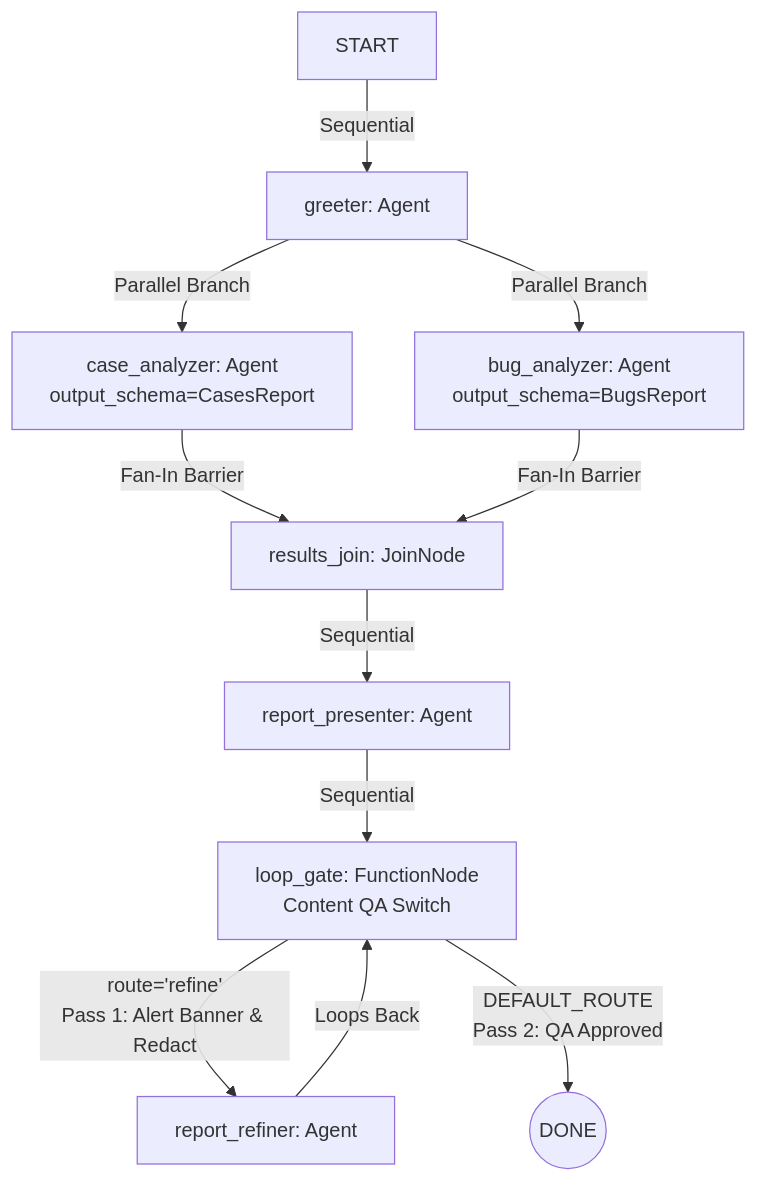
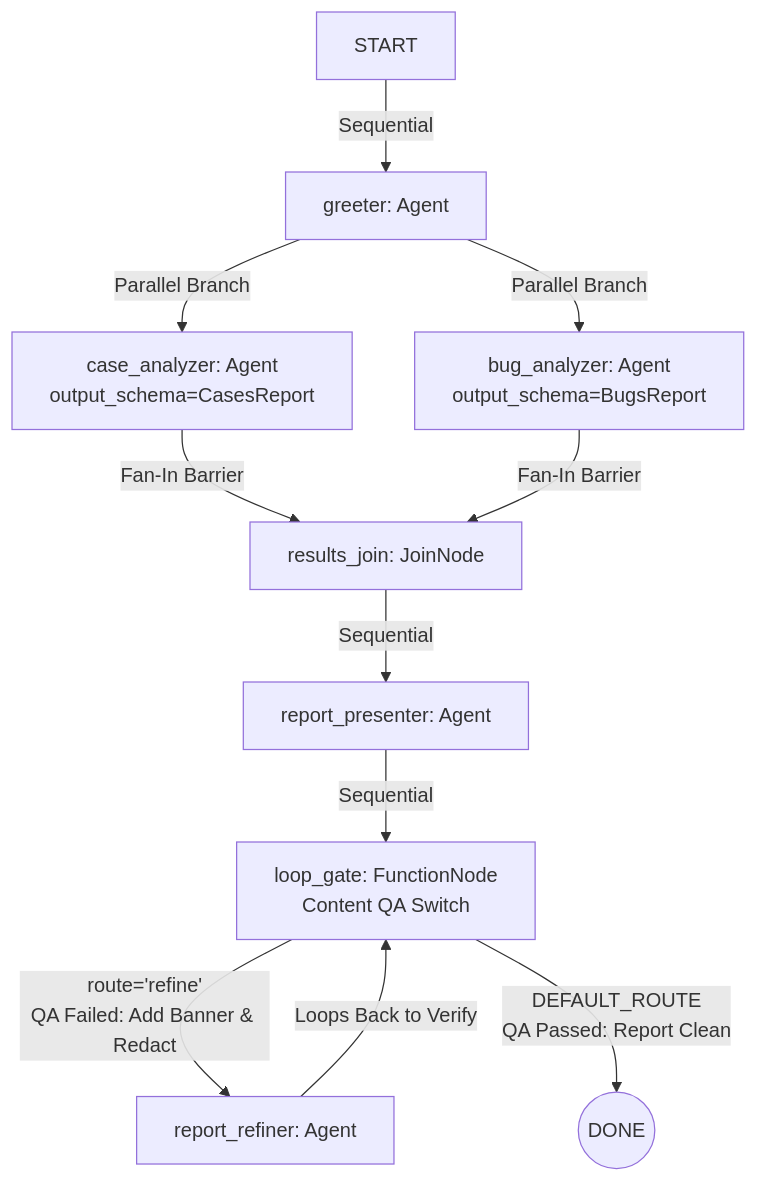
The diagram in README.md (miguegutGoogle/adk-smart-parser), drawn with Mermaid before and after one commit. The commit also changed other lines of this file, not shown here.

Commit message:
docs: re-label Mermaid diagram and trace steps from static Pass 1 / Pass 2 to dynamic while-loop conditions (QA Failed vs QA Passed)

````diff
--- a/README.md
+++ b/README.md
@@ -30,13 +30,13 @@
 ```mermaid
 graph TD
     A[START] -->|Sequential| B[greeter: Agent]
     B -->|Parallel Branch| C[case_analyzer: Agent<br/>output_schema=CasesReport]
     B -->|Parallel Branch| D[bug_analyzer: Agent<br/>output_schema=BugsReport]
     C -->|Fan-In Barrier| E[results_join: JoinNode]
     D -->|Fan-In Barrier| E
     E -->|Sequential| F[report_presenter: Agent]
     F -->|Sequential| G[loop_gate: FunctionNode<br/>Content QA Switch]
-    G -->|route='refine'<br/>Pass 1: Alert Banner & Redact| H[report_refiner: Agent]
-    H -->|Loops Back| G
-    G -->|DEFAULT_ROUTE<br/>Pass 2: QA Approved| I((DONE))
+    G -->|route='refine'<br/>QA Failed: Add Banner & Redact| H[report_refiner: Agent]
+    H -->|Loops Back to Verify| G
+    G -->|DEFAULT_ROUTE<br/>QA Passed: Report Clean| I((DONE))
 ```
````
